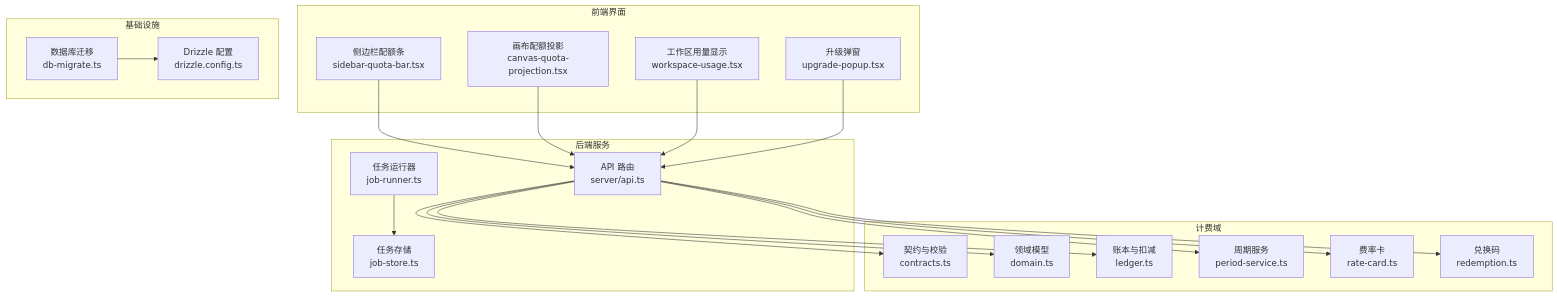
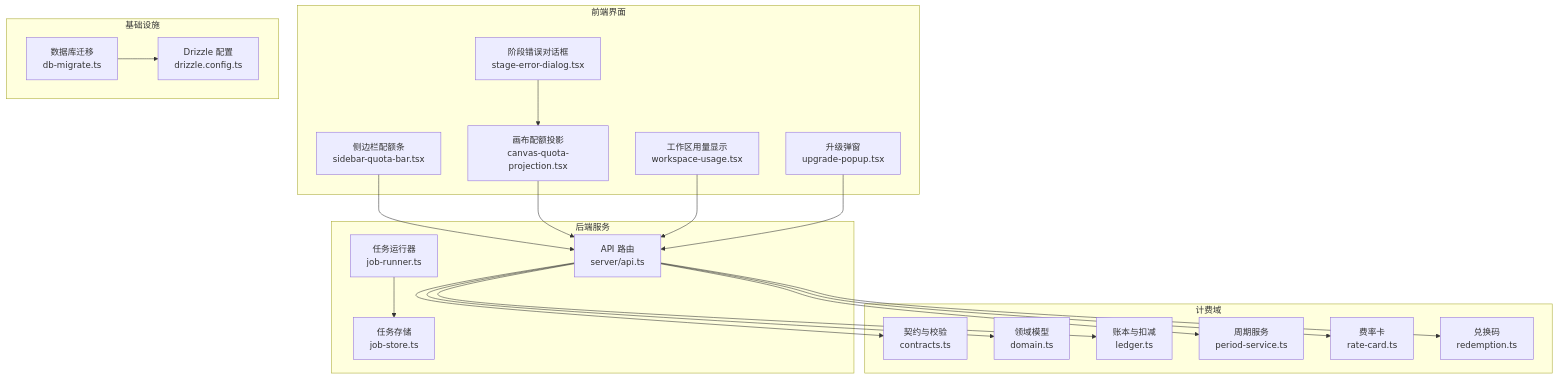
Before and after one commit to scottcwy/PurpleInk: the first of 3 diagrams in .qoder/repowiki/zh/content/项目概述/计费配置/会员配额管理系统.md, drawn with Mermaid. The commit also changed other lines of this file and 48 other files, not shown here.

````diff
--- a/.qoder/repowiki/zh/content/项目概述/计费配置/会员配额管理系统.md
+++ b/.qoder/repowiki/zh/content/项目概述/计费配置/会员配额管理系统.md
@@ -60,38 +59,40 @@
 ```mermaid
 graph TB
 subgraph "前端界面"
 Sidebar["侧边栏配额条<br/>sidebar-quota-bar.tsx"]
 Canvas["画布配额投影<br/>canvas-quota-projection.tsx"]
 Workspace["工作区用量显示<br/>workspace-usage.tsx"]
 UpgradePopup["升级弹窗<br/>upgrade-popup.tsx"]
+StageErrorDialog["阶段错误对话框<br/>stage-error-dialog.tsx"]
 end
 subgraph "后端服务"
 API["API 路由<br/>server/api.ts"]
 Runner["任务运行器<br/>job-runner.ts"]
 Store["任务存储<br/>job-store.ts"]
 end
 subgraph "计费域"
 Contracts["契约与校验<br/>contracts.ts"]
 Domain["领域模型<br/>domain.ts"]
 Ledger["账本与扣减<br/>ledger.ts"]
 Period["周期服务<br/>period-service.ts"]
 RateCard["费率卡<br/>rate-card.ts"]
 Redemption["兑换码<br/>redemption.ts"]
 end
 subgraph "基础设施"
 DBM["数据库迁移<br/>db-migrate.ts"]
 Drizzle["Drizzle 配置<br/>drizzle.config.ts"]
 end
 Sidebar --> API
 Canvas --> API
 Workspace --> API
 UpgradePopup --> API
+StageErrorDialog --> Canvas
 API --> Contracts
 API --> Domain
 API --> Ledger
 API --> Period
 API --> RateCard
 API --> Redemption
 Runner --> Store
 DBM --> Drizzle
 ```
````
